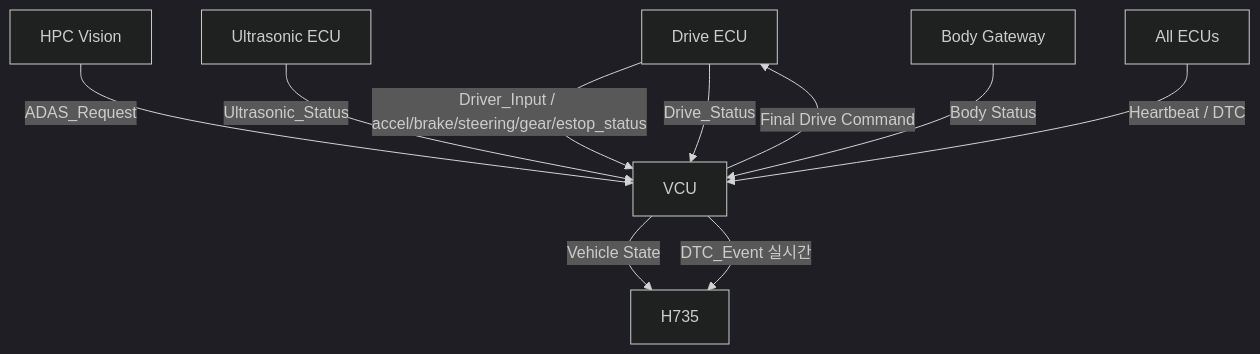
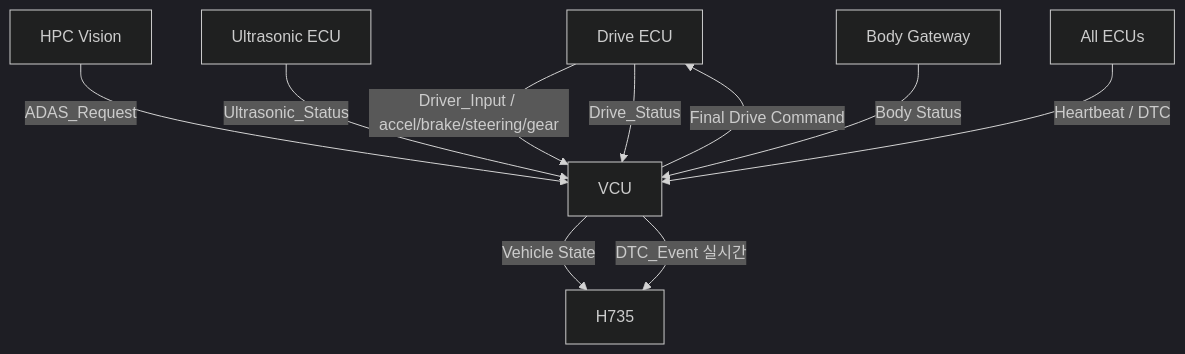
The first of 4 diagrams in docs/ecus/VCU_DTC_CAN_Integration/ARCHITECTURE.md (sunmaan22/SDV_MCU_Project), drawn with Mermaid (dark theme) before and after one commit. The commit also changed other lines of this file and 3 other files, not shown here.

````diff
--- a/docs/ecus/VCU_DTC_CAN_Integration/ARCHITECTURE.md
+++ b/docs/ecus/VCU_DTC_CAN_Integration/ARCHITECTURE.md
@@ -87,12 +88,12 @@
 ```mermaid
 flowchart TD
-    DRIVE["Drive ECU"] -->|"Driver_Input / accel/brake/steering/gear/estop_status"| VCU["VCU"]
+    DRIVE["Drive ECU"] -->|"Driver_Input / accel/brake/steering/gear"| VCU["VCU"]
     HPC["HPC Vision"] -->|"ADAS_Request"| VCU
     US["Ultrasonic ECU"] -->|"Ultrasonic_Status"| VCU
     DRIVE -->|"Drive_Status"| VCU
     BODY["Body Gateway"] -->|"Body Status"| VCU
     ALL["All ECUs"] -->|"Heartbeat / DTC"| VCU
     VCU -->|"Final Drive Command"| DRIVE
     VCU -->|"Vehicle State"| HMI["H735"]
     VCU -->|"DTC_Event 실시간"| HMI
 ```
````
